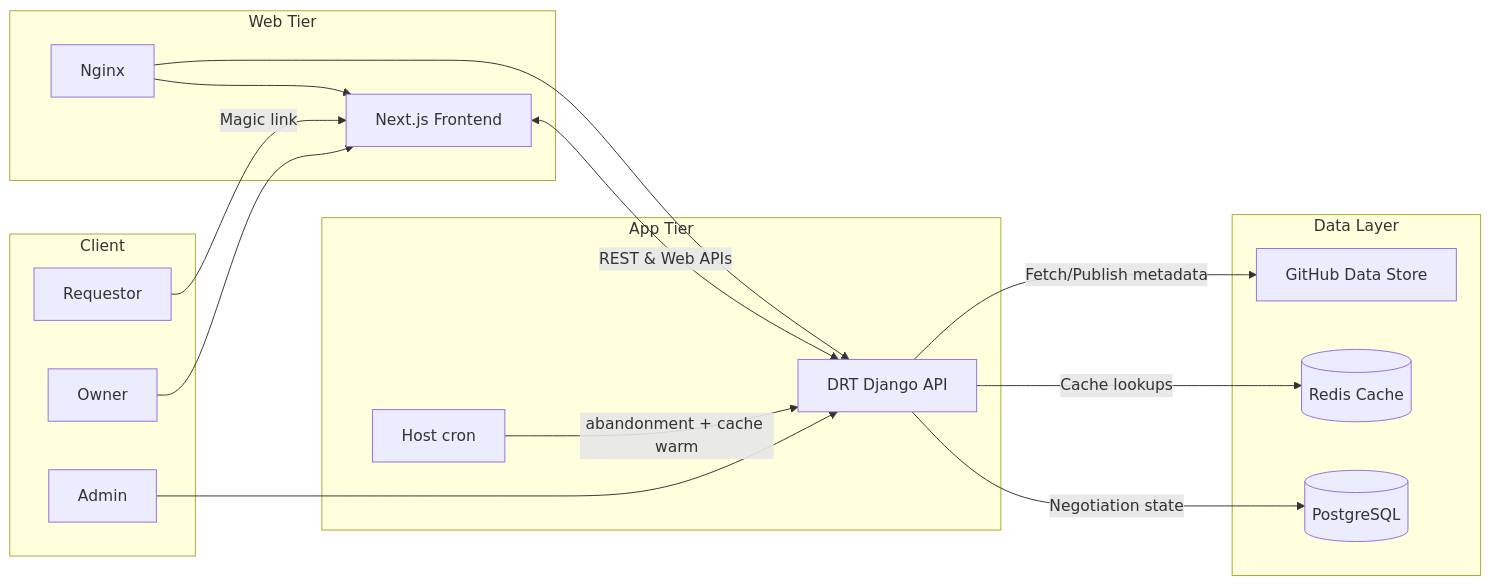
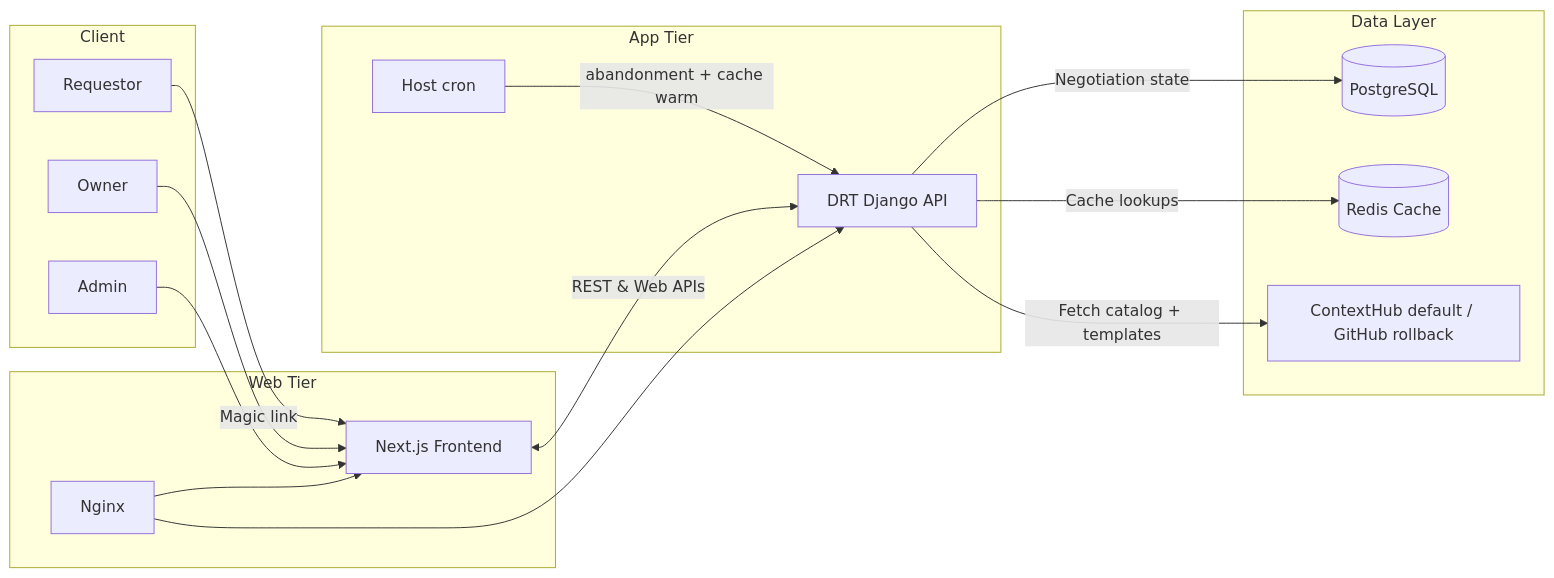
The diagram in docs/ARCHITECTURE.md (ClimateSmartAgCollab/DRT_Design_Document), drawn with Mermaid before and after one commit. The commit also changed other lines of this file and 40 other files, not shown here.

````diff
--- a/docs/ARCHITECTURE.md
+++ b/docs/ARCHITECTURE.md
@@ -37,32 +38,32 @@
 ```mermaid
 graph LR;
     subgraph Client
         Requestor
         Owner
         Admin
     end
     subgraph Web Tier
         Frontend[Next.js Frontend]
         Nginx
     end
     subgraph App Tier
         Django[DRT Django API]
         Cron[Host cron]
     end
     subgraph Data Layer
         Postgres[(PostgreSQL)]
         Redis[(Redis Cache)]
-        GitHub[GitHub Data Store]
+        Datastore[ContextHub default / GitHub rollback]
     end
 
     Requestor -->|Magic link| Frontend
     Owner --> Frontend
-    Admin --> Django
+    Admin --> Frontend
     Frontend <-->|REST & Web APIs| Django
     Django -->|Negotiation state| Postgres
     Django -->|Cache lookups| Redis
-    Django -->|Fetch/Publish metadata| GitHub
+    Django -->|Fetch catalog + templates| Datastore
     Cron -->|abandonment + cache warm| Django
     Nginx --> Frontend
     Nginx --> Django
 ```
````
